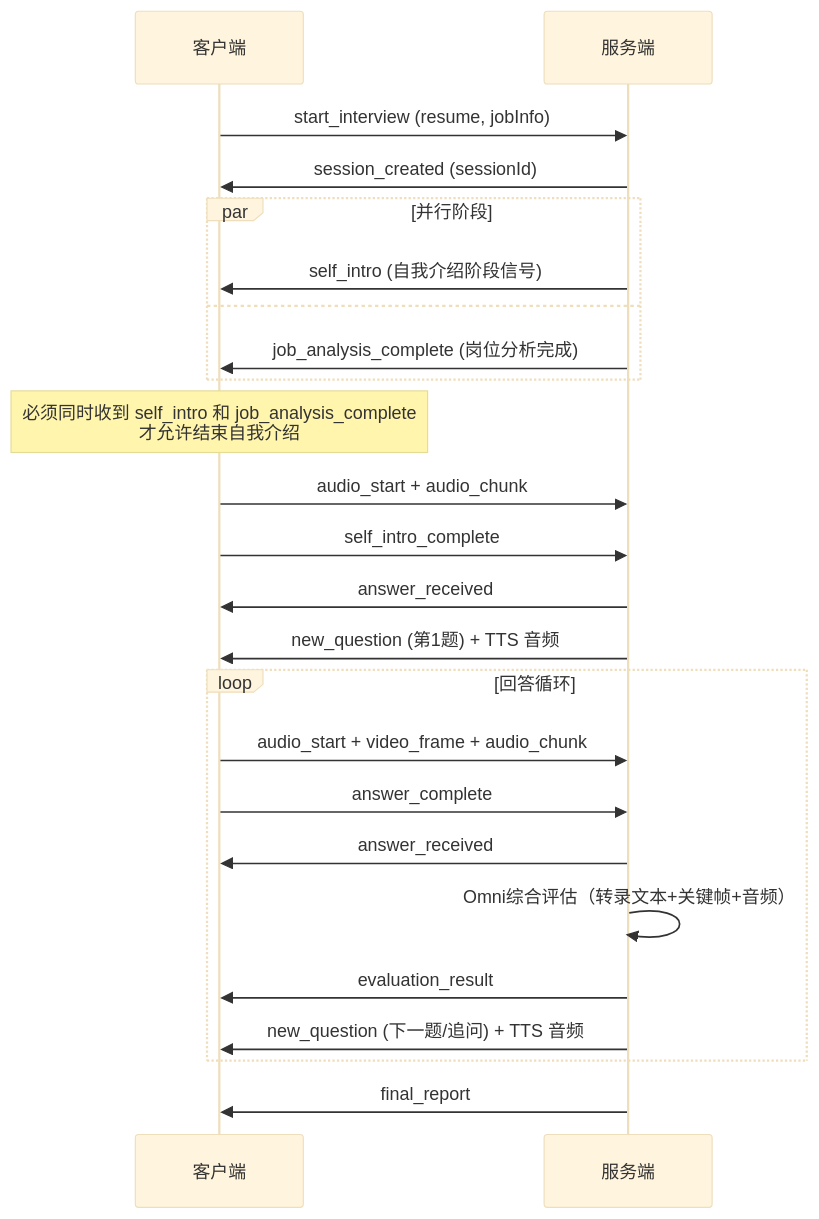
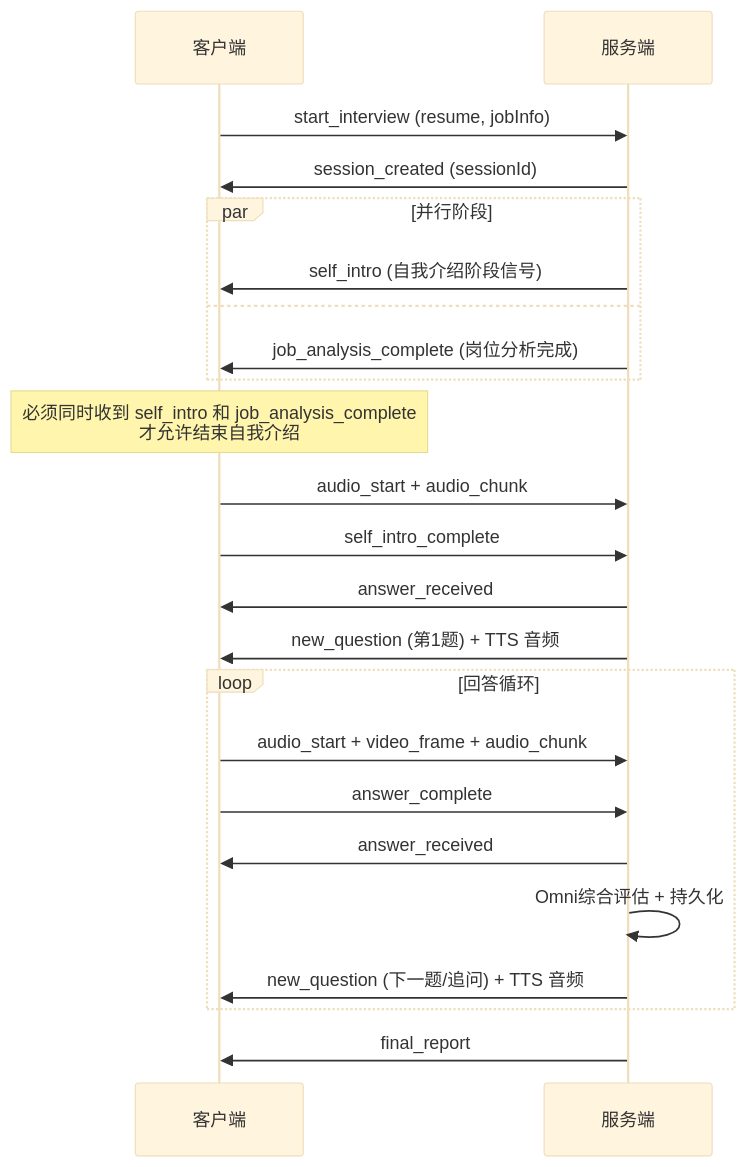
Before and after one commit to zunff/interview-agent: the fifth of 5 diagrams in README.md, drawn with Mermaid (base theme). The commit also changed other lines of this file and 24 other files, not shown here.

Commit message:
perf: 调整追问决策逻辑，并将图状态持久化逻辑抽离成单一节点

````diff
--- a/README.md
+++ b/README.md
@@ -250,32 +252,31 @@
 ```mermaid
 sequenceDiagram
     participant C as 客户端
     participant S as 服务端
 
     C->>S: start_interview (resume, jobInfo)
     S->>C: session_created (sessionId)
 
     par 并行阶段
         S->>C: self_intro (自我介绍阶段信号)
     and
         S->>C: job_analysis_complete (岗位分析完成)
     end
 
     Note over C: 必须同时收到 self_intro 和 job_analysis_complete<br/>才允许结束自我介绍
 
     C->>S: audio_start + audio_chunk
     C->>S: self_intro_complete
     S->>C: answer_received
     S->>C: new_question (第1题) + TTS 音频
 
     loop 回答循环
         C->>S: audio_start + video_frame + audio_chunk
         C->>S: answer_complete
         S->>C: answer_received
-        S->>S: Omni综合评估（转录文本+关键帧+音频）
-        S->>C: evaluation_result
+        S->>S: Omni综合评估 + 持久化
         S->>C: new_question (下一题/追问) + TTS 音频
     end
 
     S->>C: final_report
 ```
````
